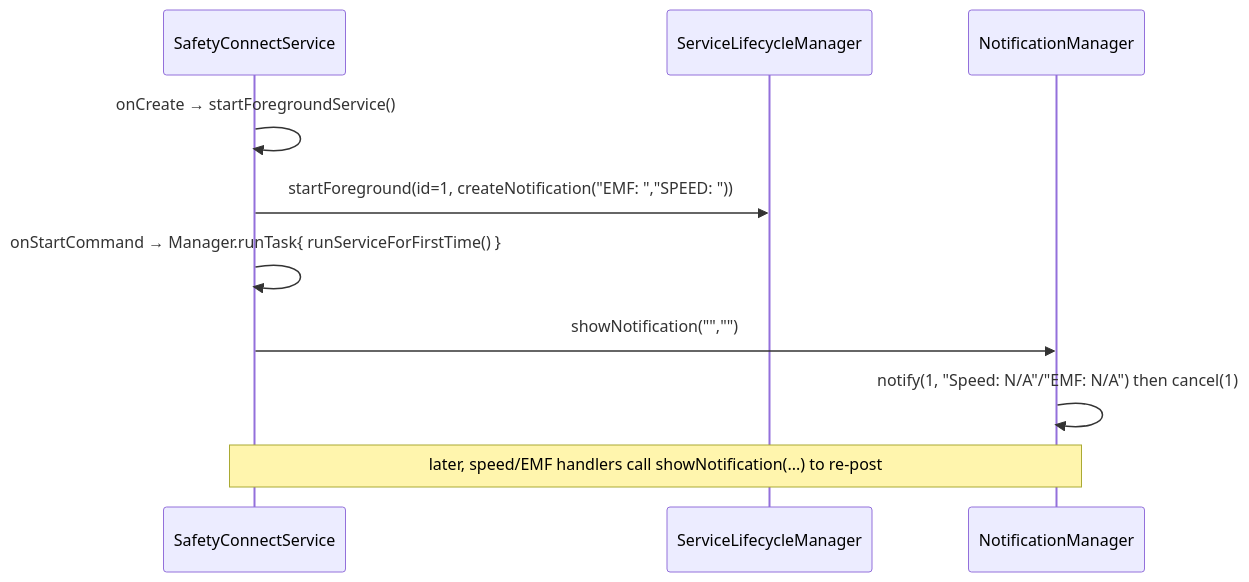
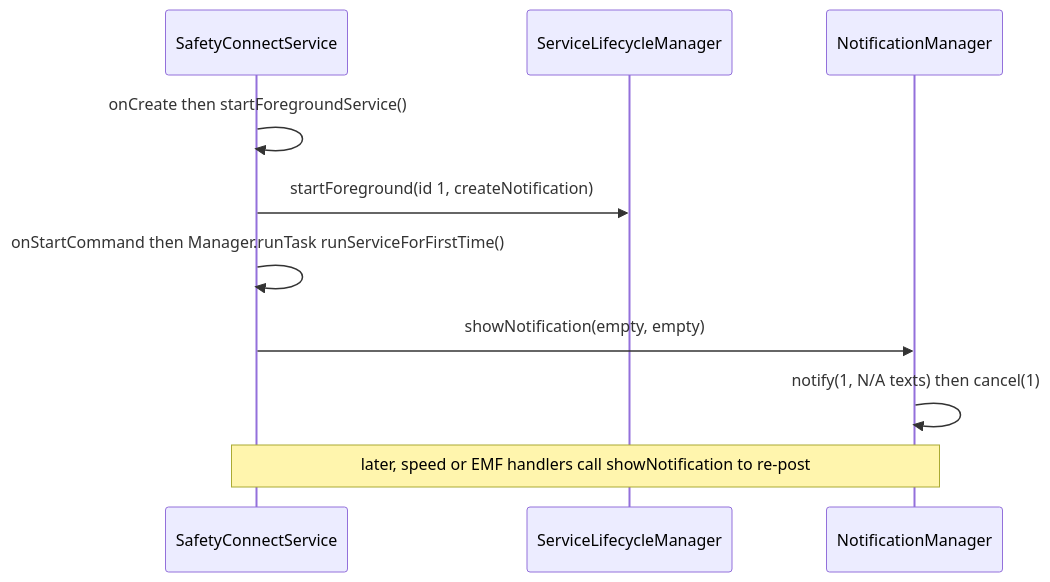
The second of 2 diagrams in CURRENT_IMPLEMENTATION.md (arvindcalyx/Testing), drawn with Mermaid before and after one commit. The commit also changed other lines of this file and 1 other file, not shown here.

First line of the commit message:
docs: fix Mermaid syntax in overspeed sequence diagrams

````diff
--- a/CURRENT_IMPLEMENTATION.md
+++ b/CURRENT_IMPLEMENTATION.md
@@ -274,13 +274,13 @@
 ```mermaid
 sequenceDiagram
     participant SVC as SafetyConnectService
     participant LM as ServiceLifecycleManager
     participant NM as NotificationManager
 
-    SVC->>SVC: onCreate → startForegroundService()
-    SVC->>LM: startForeground(id=1, createNotification("EMF: ","SPEED: "))
-    SVC->>SVC: onStartCommand → Manager.runTask{ runServiceForFirstTime() }
-    SVC->>NM: showNotification("","")
-    NM->>NM: notify(1, "Speed: N/A"/"EMF: N/A") then cancel(1)
-    Note over SVC,NM: later, speed/EMF handlers call showNotification(...) to re-post
+    SVC->>SVC: onCreate then startForegroundService()
+    SVC->>LM: startForeground(id 1, createNotification)
+    SVC->>SVC: onStartCommand then Manager.runTask runServiceForFirstTime()
+    SVC->>NM: showNotification(empty, empty)
+    NM->>NM: notify(1, N/A texts) then cancel(1)
+    Note over SVC,NM: later, speed or EMF handlers call showNotification to re-post
 ```
````
